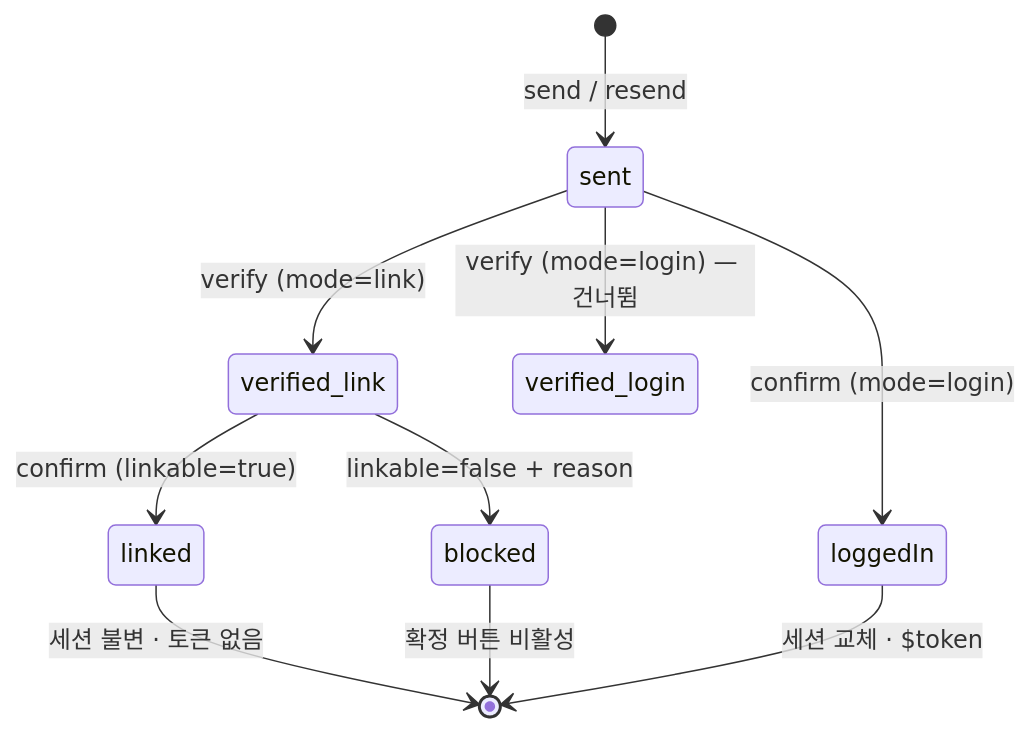
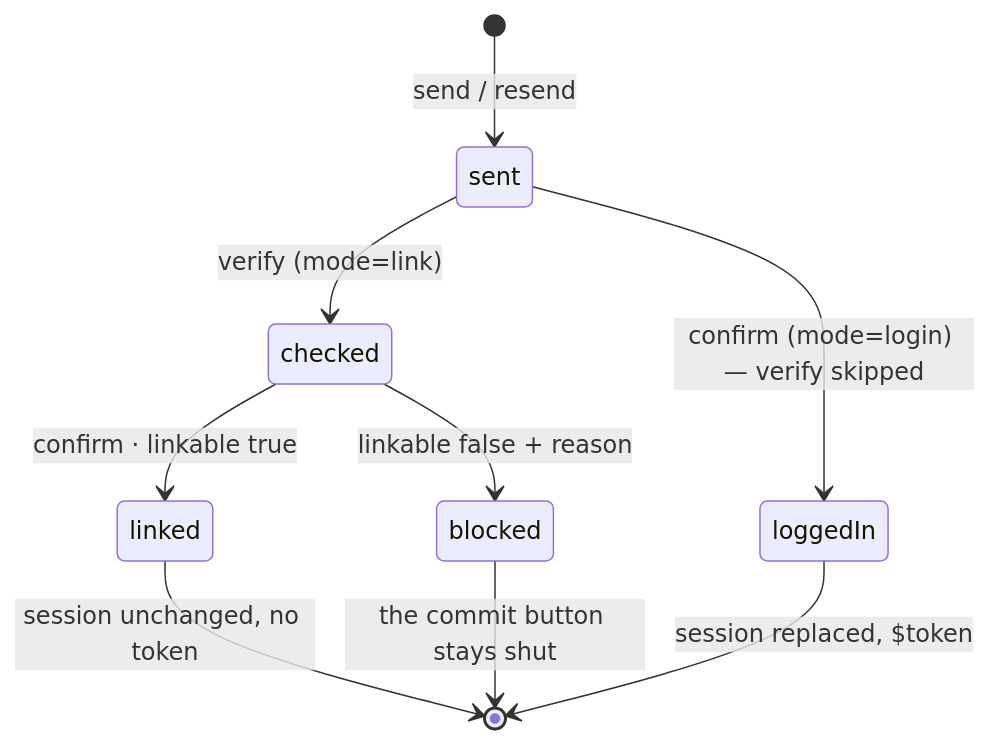
One commit to lemoncloud-io/dou-app changed the second of 2 diagrams in apps/web/docs/feature/auth/account-linking.md. Above: the diagram before and after it, drawn with Mermaid. The commit also changed other lines of this file, not shown here.

````diff
--- a/apps/web/docs/feature/auth/account-linking.md
+++ b/apps/web/docs/feature/auth/account-linking.md
@@ -144,12 +83,11 @@
 ```mermaid
 stateDiagram-v2
     [*] --> sent: send / resend
-    sent --> verified_link: verify (mode=link)
-    sent --> verified_login: verify (mode=login) — 건너뜀
-    verified_link --> linked: confirm (linkable=true)
-    verified_link --> blocked: linkable=false + reason
-    sent --> loggedIn: confirm (mode=login)
-    linked --> [*]: 세션 불변 · 토큰 없음
-    loggedIn --> [*]: 세션 교체 · $token
-    blocked --> [*]: 확정 버튼 비활성
+    sent --> checked: verify (mode=link)
+    checked --> linked: confirm · linkable true
+    checked --> blocked: linkable false + reason
+    sent --> loggedIn: confirm (mode=login) — verify skipped
+    linked --> [*]: session unchanged, no token
+    loggedIn --> [*]: session replaced, $token
+    blocked --> [*]: the commit button stays shut
 ```
````
